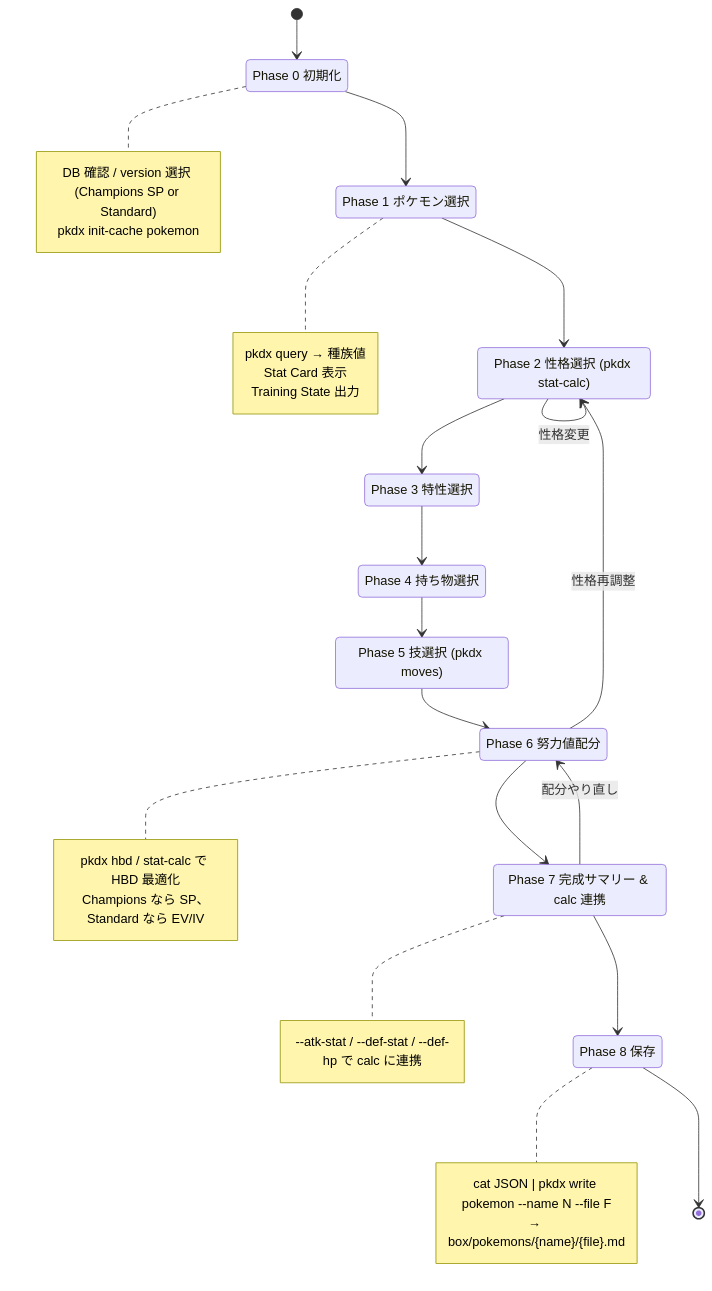
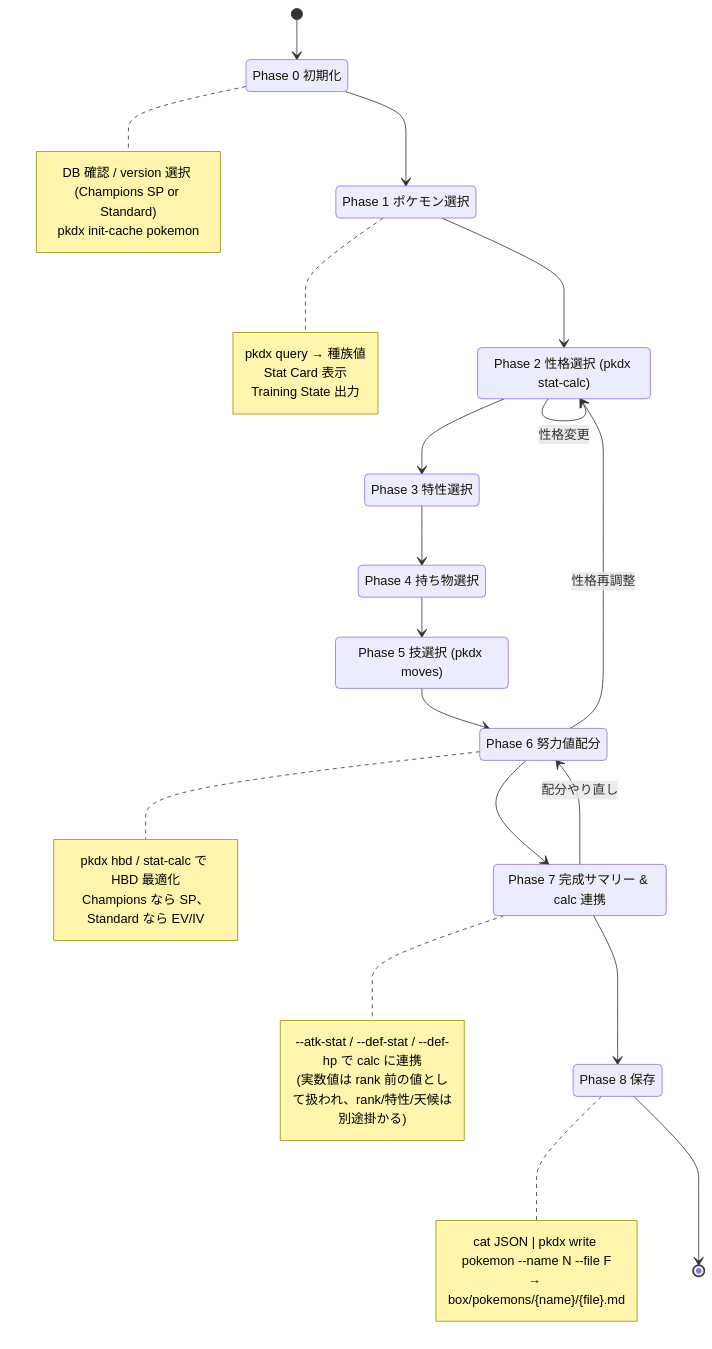
One commit to pkdxtools/pkdx changed the third of 9 diagrams in .claude/architecture.md. Above: the diagram before and after it, drawn with Mermaid. The commit also changed 11 other files, not shown here.

````diff
--- a/.claude/architecture.md
+++ b/.claude/architecture.md
@@ -120,52 +120,53 @@
 ```mermaid
 stateDiagram-v2
   [*] --> B0
 
   B0: Phase 0 初期化
   note right of B0
     DB 確認 / version 選択 (Champions SP or Standard)
     pkdx init-cache pokemon
   end note
 
   B0 --> B1
   B1: Phase 1 ポケモン選択
   note right of B1
     pkdx query → 種族値
     Stat Card 表示
     Training State 出力
   end note
 
   B1 --> B2
   B2: Phase 2 性格選択 (pkdx stat-calc)
   B2 --> B3
   B3: Phase 3 特性選択
   B3 --> B4
   B4: Phase 4 持ち物選択
   B4 --> B5
   B5: Phase 5 技選択 (pkdx moves)
   B5 --> B6
   B6: Phase 6 努力値配分
   note right of B6
     pkdx hbd / stat-calc で HBD 最適化
     Champions なら SP、Standard なら EV/IV
   end note
 
   B6 --> B7
   B7: Phase 7 完成サマリー & calc 連携
   note right of B7
     --atk-stat / --def-stat / --def-hp で calc に連携
+    (実数値は rank 前の値として扱われ、rank/特性/天候は別途掛かる)
   end note
 
   B7 --> B8
   B8: Phase 8 保存
   note right of B8
     cat JSON | pkdx write pokemon --name N --file F
     → box/pokemons/{name}/{file}.md
   end note
 
   B8 --> [*]
 
   B2 --> B2: 性格変更
   B6 --> B2: 性格再調整
   B7 --> B6: 配分やり直し
 ```
````
